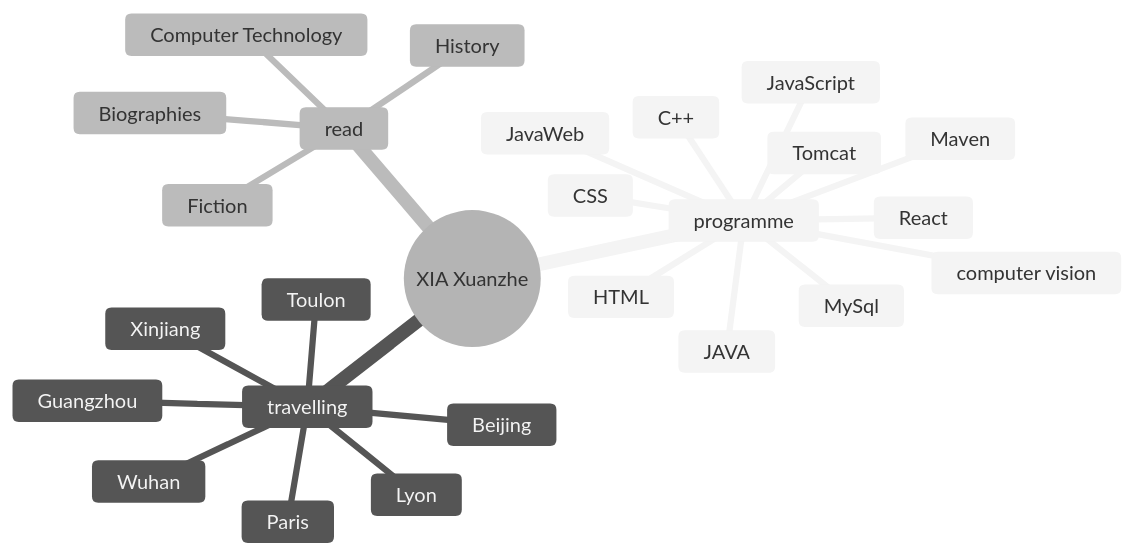
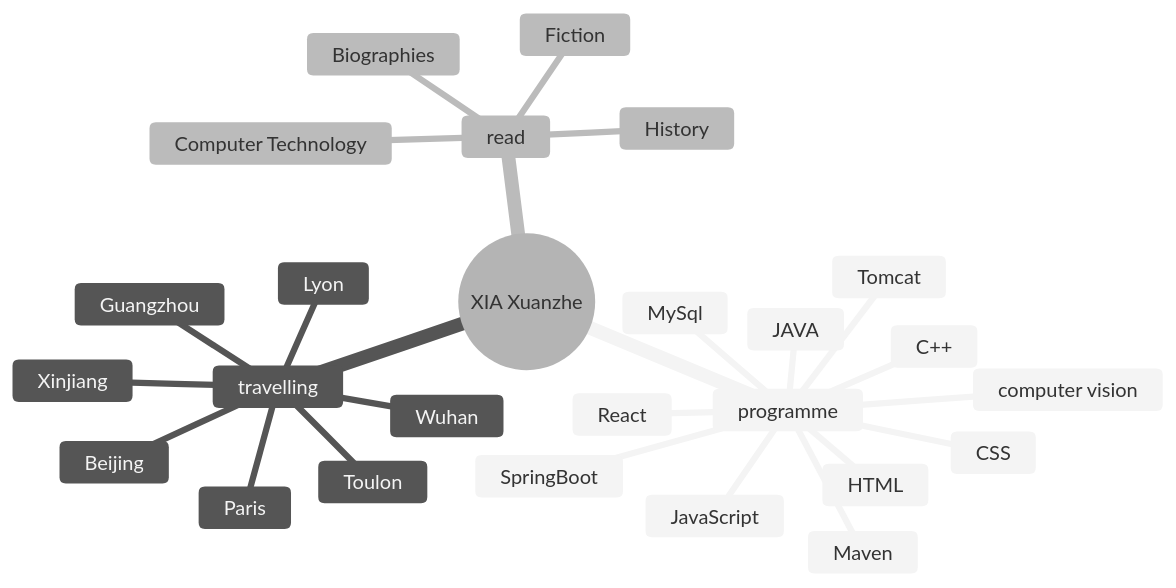
Before and after one commit to XIAxuanzheFrancis/XIAxuanzheFrancis: the diagram in readme.md, drawn with Mermaid (neutral theme).

````diff
--- a/readme.md
+++ b/readme.md
@@ -59,31 +59,31 @@
 ```mermaid
 mindmap
   root((XIA Xuanzhe))
     programme
       JAVA
       C++
       computer vision
       HTML
       CSS
       JavaScript
       React
-      JavaWeb
+      SpringBoot
       MySql
       Maven
       Tomcat
     travelling
       Beijing
       Xinjiang
       Guangzhou
       Wuhan
       Paris
       Lyon
       Toulon
     read
       Fiction
       History
       Computer Technology
       Biographies
 
 
 ```
````
